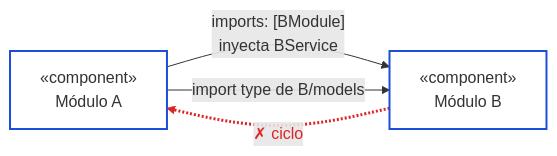
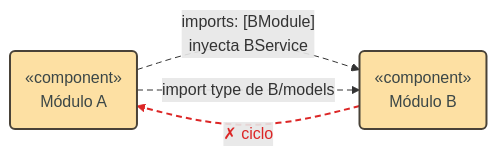
One commit to pcarroza91/nest-template changed the fifth of 15 diagrams in docs/architecture/modular-microservice.md. Above: the diagram before and after it, drawn with Mermaid. The commit also changed other lines of this file and 2 other files, not shown here.

First line of the commit message:
docs(architecture): aplica el estilo pastel por rol a los diagramas Mermaid

````diff
--- a/docs/architecture/modular-microservice.md
+++ b/docs/architecture/modular-microservice.md
@@ -426,10 +411,11 @@
 ```mermaid
 flowchart LR
-    A["«component»<br/>Módulo A"] -- "imports: [BModule]<br/>inyecta BService" --> B["«component»<br/>Módulo B"]
+    A("«component»<br/>Módulo A") -- "imports: [BModule]<br/>inyecta BService" --> B("«component»<br/>Módulo B")
     A -- "import type de B/models" --> B
     B -. "✗ ciclo" .-> A
 
-    classDef page fill:transparent,stroke:#1d4ed8,stroke-width:2px
-    class A,B page
-    linkStyle 2 stroke:#dc2626,stroke-width:3px,color:#dc2626
+    classDef domain fill:#fde0a3,stroke:#494238,stroke-width:2px,color:#3c4747
+    class A,B domain
+    linkStyle default stroke-dasharray:6 4
+    linkStyle 2 stroke:#dc2626,stroke-width:2px,color:#dc2626
 ```
````
